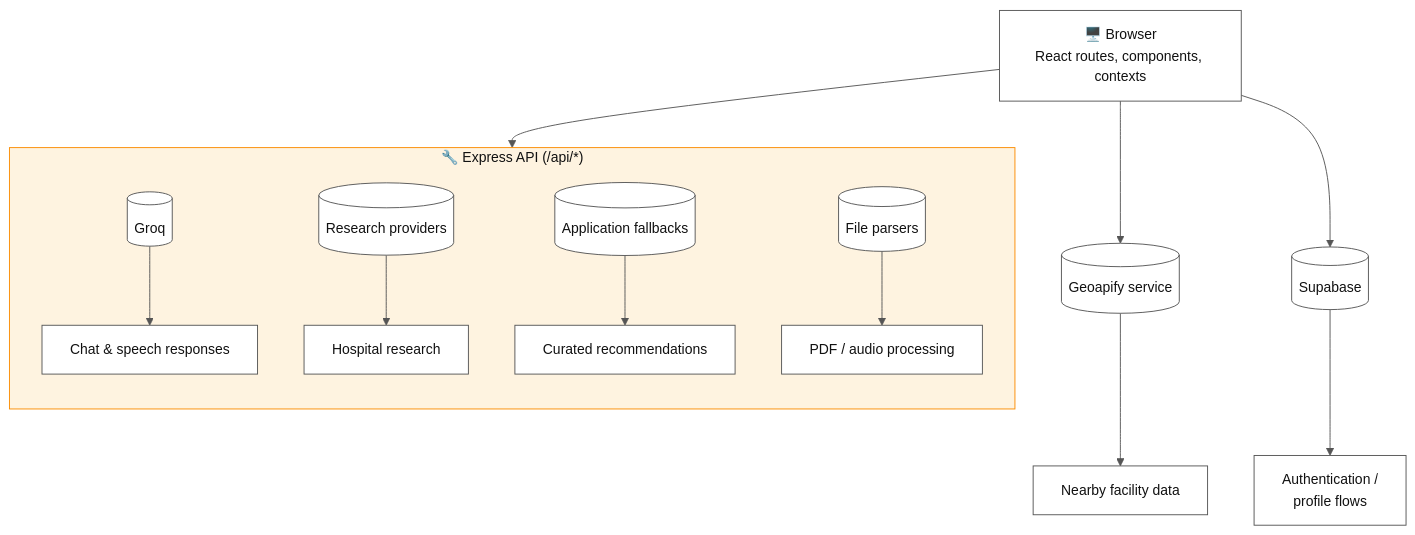
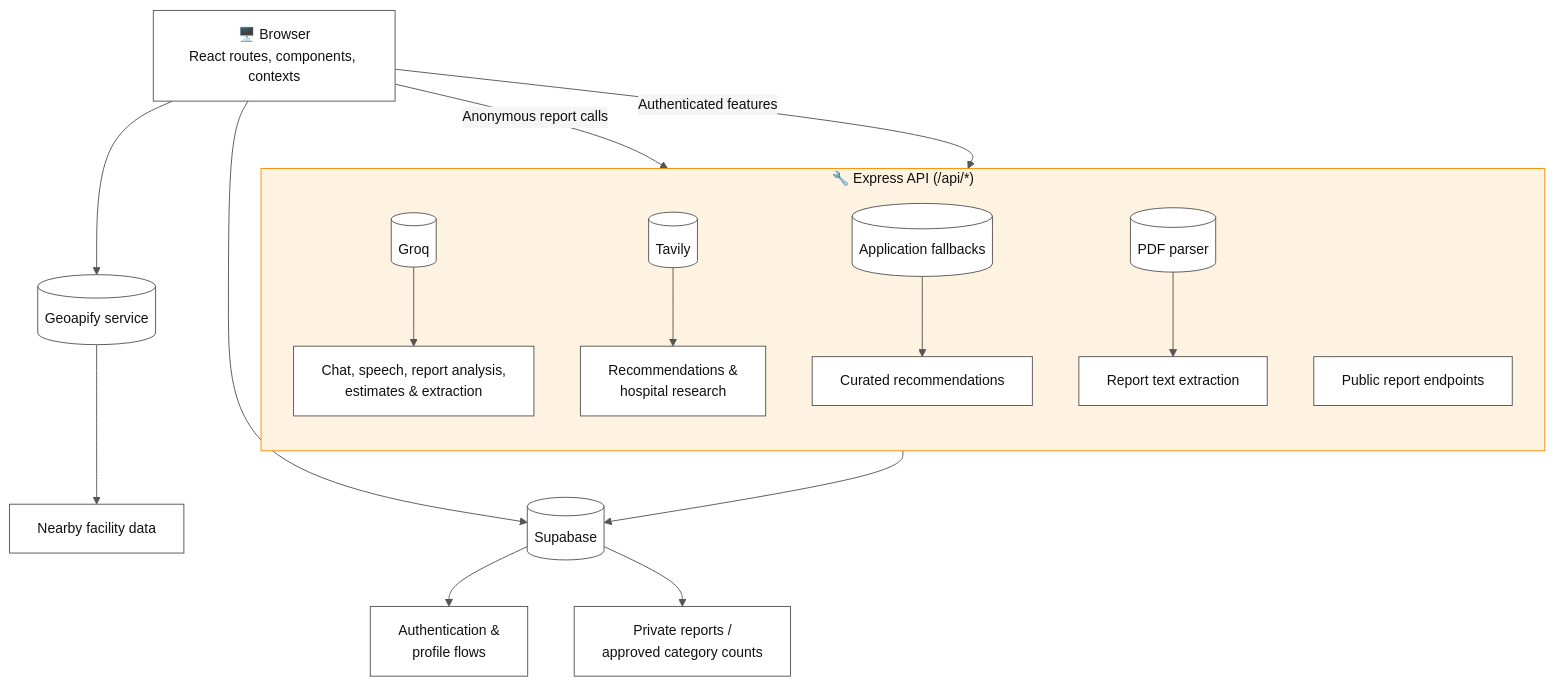
Before and after one commit to vanshkatnor1505/BuiltTechies: the first of 8 diagrams in PROJECT INFORMATION/DATA-FLOW.md, drawn with Mermaid. The commit also changed other lines of this file, not shown here.

Commit message:
feat: enhance data flow documentation with public healthcare reports flow and clarify authentication processes

````diff
--- a/PROJECT INFORMATION/DATA-FLOW.md
+++ b/PROJECT INFORMATION/DATA-FLOW.md
@@ -18,25 +19,29 @@
 ```mermaid
 flowchart TB
     %%{init: {'theme':'base', 'themeVariables': {'primaryColor':'#ffffff','primaryTextColor':'#111111','primaryBorderColor':'#555555','lineColor':'#555555','secondaryColor':'#f5f5f5','tertiaryColor':'#ffffff','fontSize':'15px','darkMode':false,'background':'#ffffff'}}}%%
     BR["🖥️ Browser\nReact routes, components, contexts"]
 
     GEO[("Geoapify service")]
     NEARBY["Nearby facility data"]
 
     SB[("Supabase")]
-    AUTHF["Authentication /\nprofile flows"]
+    AUTHF["Authentication &\nprofile flows"]
+    REPORTDB["Private reports /\napproved category counts"]
 
     subgraph API["🔧 Express API (/api/*)"]
         direction TB
-        GRQ[("Groq")] --> CHATR["Chat & speech responses"]
-        RSCH[("Research providers")] --> RSCHR["Hospital research"]
+        GRQ[("Groq")] --> CHATR["Chat, speech, report analysis,\nestimates & extraction"]
+        TVLY[("Tavily")] --> RSCHR["Recommendations &\nhospital research"]
         FALL[("Application fallbacks")] --> FALLR["Curated recommendations"]
-        FILE[("File parsers")] --> FILER["PDF / audio processing"]
+        FILE[("PDF parser")] --> FILER["Report text extraction"]
+        PUB["Public report endpoints"]
     end
 
     BR --> GEO --> NEARBY
-    BR --> API
+    BR -->|"Authenticated features"| API
     BR --> SB --> AUTHF
+    BR -->|"Anonymous report calls"| PUB
+    PUB --> SB --> REPORTDB
 
     style API fill:#fef3e0,stroke:#FB8C00,color:#111111
 ```
````
